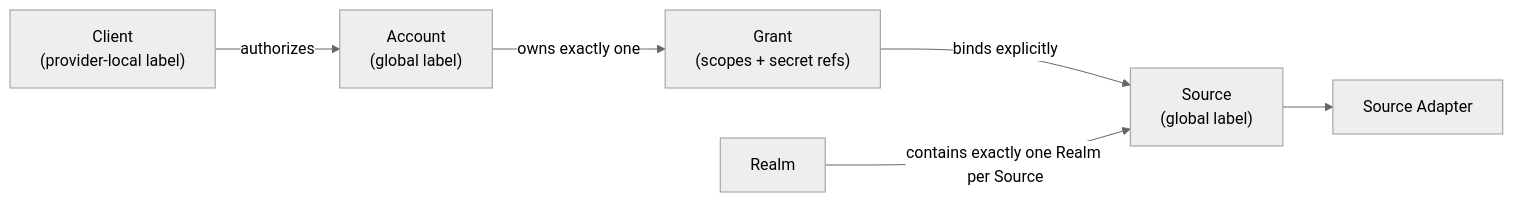
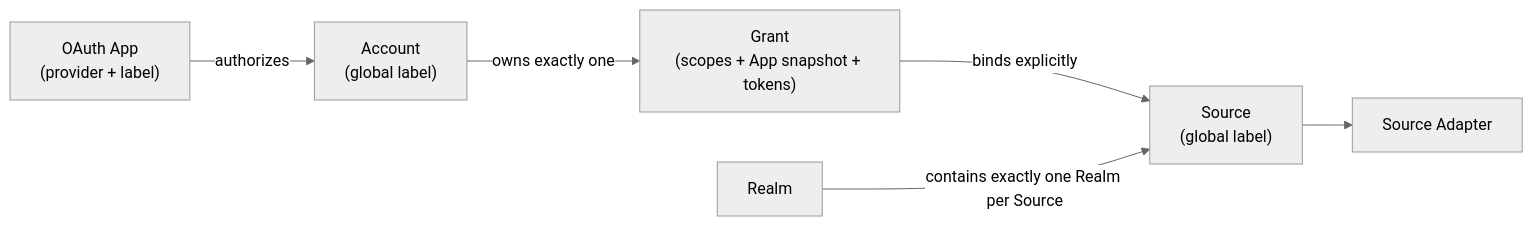
The second of 3 diagrams in SYSTEM.md (barisgit/ctxindex), drawn with Mermaid (neutral theme) before and after one commit. The commit also changed other lines of this file and 335 other files, not shown here.

````diff
--- a/SYSTEM.md
+++ b/SYSTEM.md
@@ -139,8 +144,8 @@
 ```mermaid
 flowchart LR
-  C["Client\n(provider-local label)"] -- authorizes --> A["Account\n(global label)"]
-  A -- owns exactly one --> G["Grant\n(scopes + secret refs)"]
+  OA["OAuth App\n(provider + label)"] -- authorizes --> A["Account\n(global label)"]
+  A -- owns exactly one --> G["Grant\n(scopes + App snapshot + tokens)"]
   G -- binds explicitly --> S["Source\n(global label)"]
   R[Realm] -- contains exactly one Realm per Source --> S
   S --> AD[Source Adapter]
 ```
````
